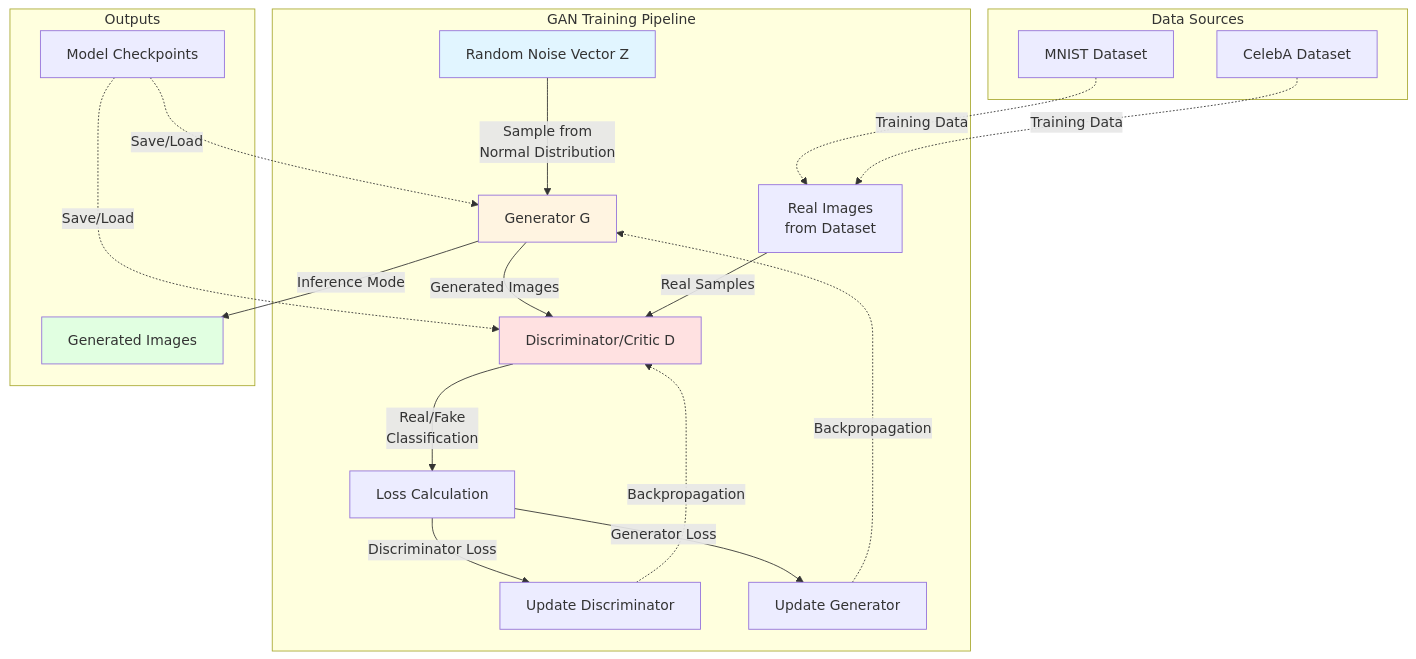
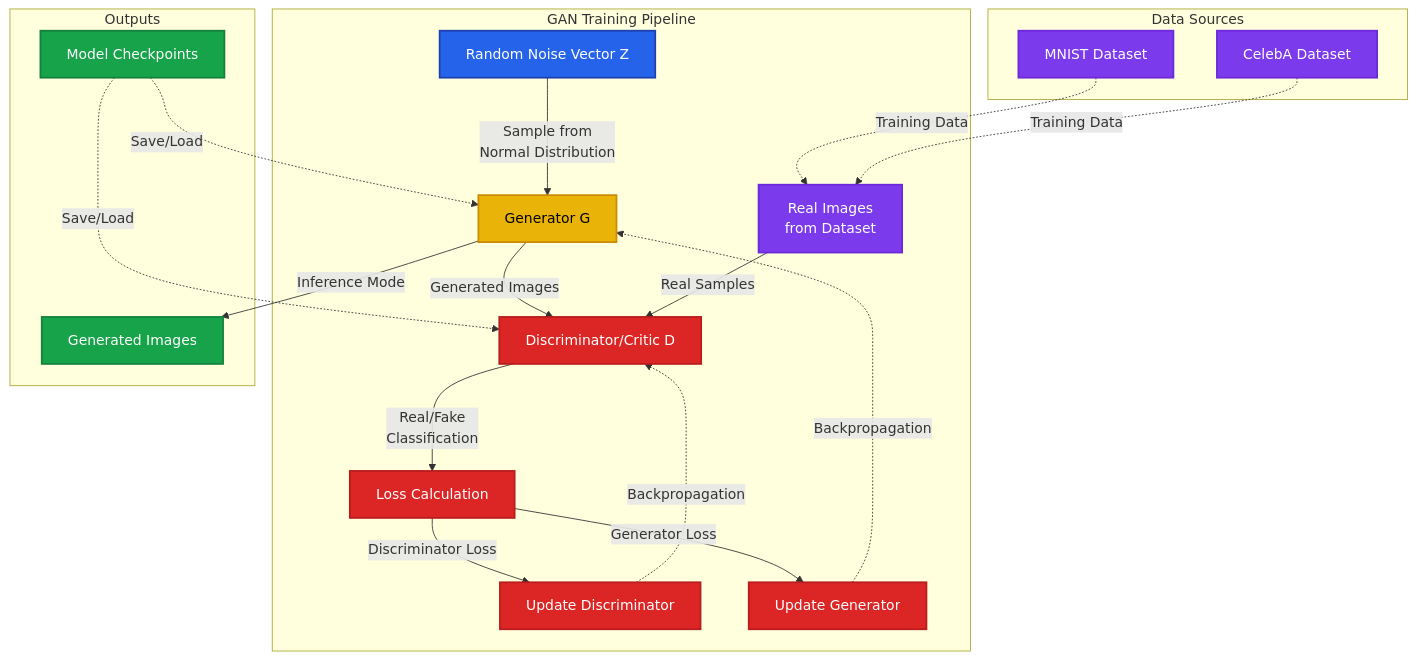
The first of 2 diagrams in README.md (baloglu321/Gan), drawn with Mermaid before and after one commit. The commit also changed other lines of this file, not shown here.

Commit message:
Readme_Update_2

````diff
--- a/README.md
+++ b/README.md
@@ -172,31 +172,39 @@
 ```mermaid
 graph TB
     subgraph "GAN Training Pipeline"
         A[Random Noise Vector Z] -->|Sample from<br/>Normal Distribution| B[Generator G]
         B -->|Generated Images| C[Discriminator/Critic D]
         D1[Real Images<br/>from Dataset] -->|Real Samples| C
         
         C -->|Real/Fake<br/>Classification| E[Loss Calculation]
         E -->|Discriminator Loss| F[Update Discriminator]
         E -->|Generator Loss| G[Update Generator]
         
         F -.->|Backpropagation| C
         G -.->|Backpropagation| B
     end
     
     subgraph "Data Sources"
         H[MNIST Dataset] -.->|Training Data| D1
         I[CelebA Dataset] -.->|Training Data| D1
     end
     
     subgraph "Outputs"
         B -->|Inference Mode| J[Generated Images]
         K[Model Checkpoints] -.->|Save/Load| B
         K -.->|Save/Load| C
     end
     
-    style A fill:#e1f5ff
-    style B fill:#fff4e1
-    style C fill:#ffe1e1
-    style J fill:#e1ffe1
+    classDef inputNode fill:#2563eb,stroke:#1e40af,stroke-width:2px,color:#fff
+    classDef generatorNode fill:#eab308,stroke:#ca8a04,stroke-width:2px,color:#000
+    classDef discriminatorNode fill:#dc2626,stroke:#b91c1c,stroke-width:2px,color:#fff
+    classDef processNode fill:#4b5563,stroke:#374151,stroke-width:2px,color:#fff
+    classDef outputNode fill:#16a34a,stroke:#15803d,stroke-width:2px,color:#fff
+    classDef dataNode fill:#7c3aed,stroke:#6d28d9,stroke-width:2px,color:#fff
+    
+    class A inputNode
+    class B generatorNode
+    class C,E,F,G discriminatorNode
+    class D1,H,I dataNode
+    class J,K outputNode
 ```
````
